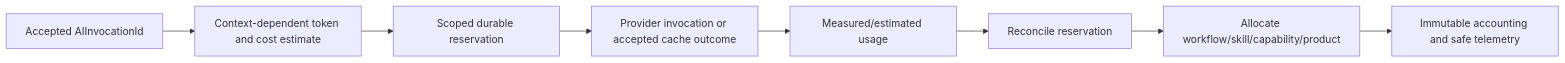
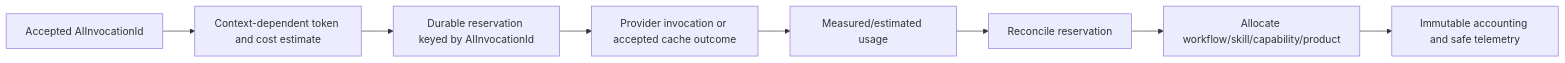
One commit to mayurbhavsar04/AIEOS changed the first of 2 diagrams in docs/architecture/AIUsageAndCostAccounting.md. Above: the diagram before and after it, drawn with Mermaid. The commit also changed other lines of this file and 1 other file, not shown here.

````diff
--- a/docs/architecture/AIUsageAndCostAccounting.md
+++ b/docs/architecture/AIUsageAndCostAccounting.md
@@ -34,10 +34,10 @@
 ```mermaid
 flowchart LR
     ACCEPT["Accepted AIInvocationId"] --> EST["Context-dependent token and cost estimate"]
-    EST --> RES["Scoped durable reservation"]
+    EST --> RES["Durable reservation keyed by AIInvocationId"]
     RES --> INV["Provider invocation or accepted cache outcome"]
     INV --> USAGE["Measured/estimated usage"]
     USAGE --> REC["Reconcile reservation"]
     REC --> ALLOC["Allocate workflow/skill/capability/product"]
     ALLOC --> AUDIT["Immutable accounting and safe telemetry"]
 ```
````
